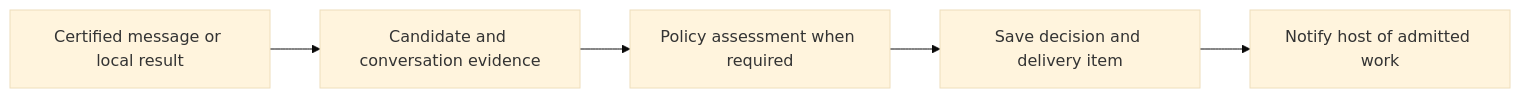
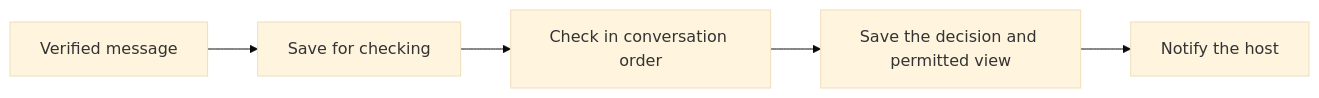
The second of 3 diagrams in packages/social-harness/src/daemon/README.md (social-harness/moltzap), drawn with Mermaid (base theme) before and after one commit. The commit also changed other lines of this file and 1 other file, not shown here.

````diff
--- a/packages/social-harness/src/daemon/README.md
+++ b/packages/social-harness/src/daemon/README.md
@@ -35,7 +22,7 @@
 ```mermaid
 flowchart LR
-  A[Certified message or local result] --> B[Candidate and conversation evidence]
-  B --> C[Policy assessment when required]
-  C --> D[Save decision and delivery item]
-  D --> E[Notify host of admitted work]
+  A[Verified message] --> B[Save for checking]
+  B --> C[Check in conversation order]
+  C --> D[Save the decision and permitted view]
+  D --> E[Notify the host]
 ```
````
